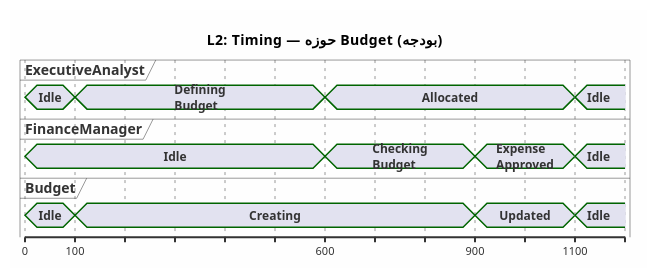
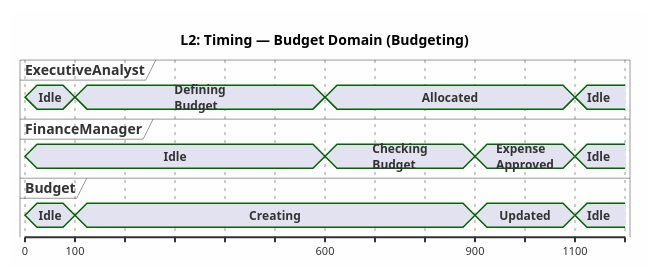
Before and after one commit to Shakour-Data/BedaanWaves: the fourth of 7 diagrams in docs/02_architecture/ARCH_integrated-hr-finance-procurement-uml-overview-timing_v1.md, drawn with PlantUML. The commit also changed other lines of this file and 19 other files, not shown here.

````diff
--- a/docs/02_architecture/ARCH_integrated-hr-finance-procurement-uml-overview-timing_v1.md
+++ b/docs/02_architecture/ARCH_integrated-hr-finance-procurement-uml-overview-timing_v1.md
@@ -398,33 +398,33 @@
 ```plantuml
 @startuml ARCH-L2-Timing-Budget
 skinparam backgroundColor #FEFEFE
-title L2: Timing — حوزه Budget (بودجه)
+title L2: Timing — Budget Domain (Budgeting)
 
 concise "ExecutiveAnalyst" as EA
 concise "FinanceManager" as FM
 concise "Budget" as BUD
 
 @0
 EA is "Idle"
 FM is "Idle"
 BUD is "Idle"
 
 @100
 EA is "Defining\nBudget"
 BUD is "Creating"
 
 @600
 EA is "Allocated"
 FM is "Checking\nBudget"
 
 @900
 FM is "Expense\nApproved"
 BUD is "Updated"
 
 @1100
 EA is "Idle"
 FM is "Idle"
 BUD is "Idle"
 
 @enduml
 ```
````
